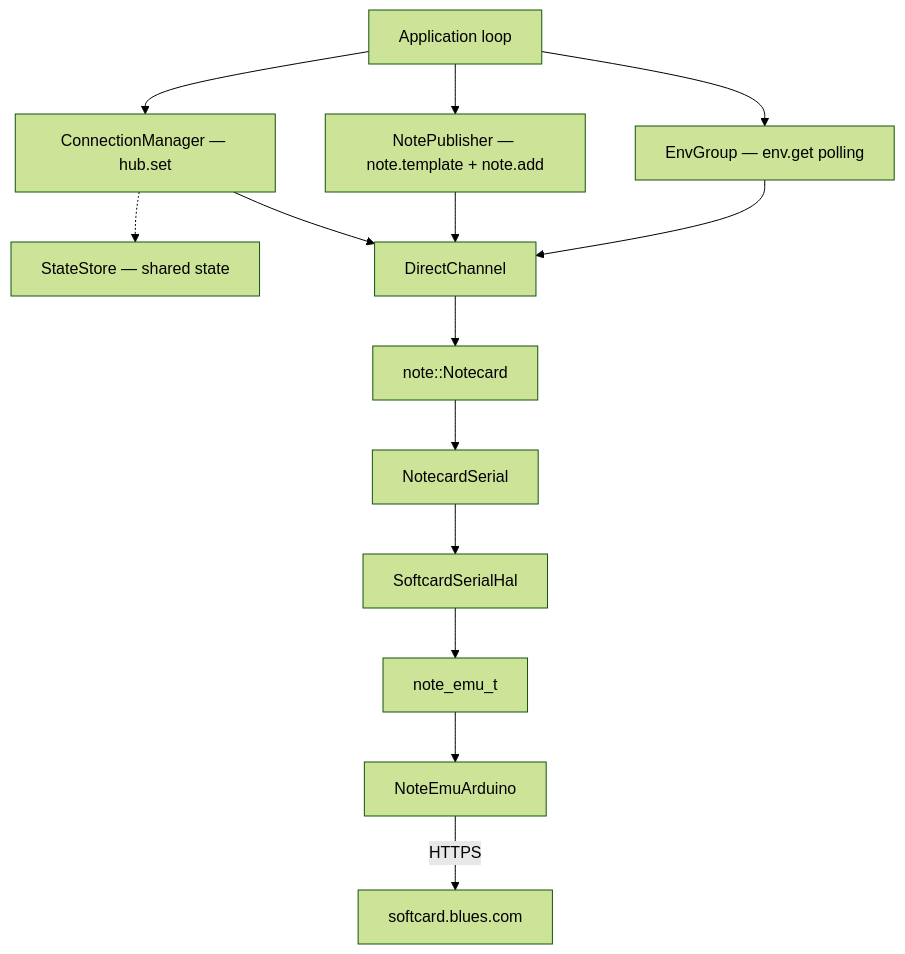
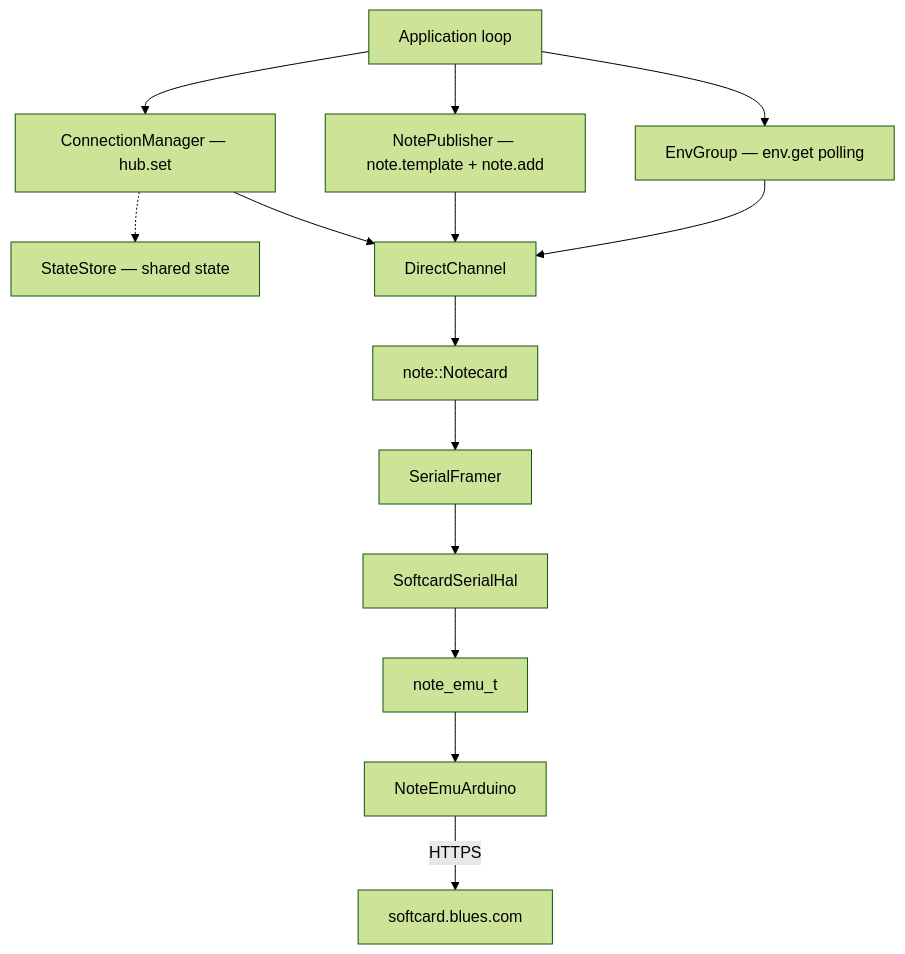
One commit to m-mcgowan/note-emu changed the diagram in examples/platformio-note-cpp-app/README.md. Above: the diagram before and after it, drawn with Mermaid (forest theme). The commit also changed 10 other files, not shown here.

````diff
--- a/examples/platformio-note-cpp-app/README.md
+++ b/examples/platformio-note-cpp-app/README.md
@@ -87,29 +87,29 @@
 ```mermaid
 graph TD
     App["Application loop"]
     Conn["ConnectionManager — hub.set"]
     Pub["NotePublisher — note.template + note.add"]
     Env["EnvGroup — env.get polling"]
     Store["StateStore — shared state"]
     Ch["DirectChannel"]
     NC["note::Notecard"]
-    Transport["NotecardSerial"]
+    Transport["SerialFramer"]
     HAL["SoftcardSerialHal"]
     Emu["note_emu_t"]
     Backend["NoteEmuArduino"]
     Softcard["softcard.blues.com"]
 
     App --> Conn
     App --> Pub
     App --> Env
     Conn --> Ch
     Pub --> Ch
     Env --> Ch
     Conn -.-> Store
     Ch --> NC
     NC --> Transport
     Transport --> HAL
     HAL --> Emu
     Emu --> Backend
     Backend -->|HTTPS| Softcard
 ```
````
